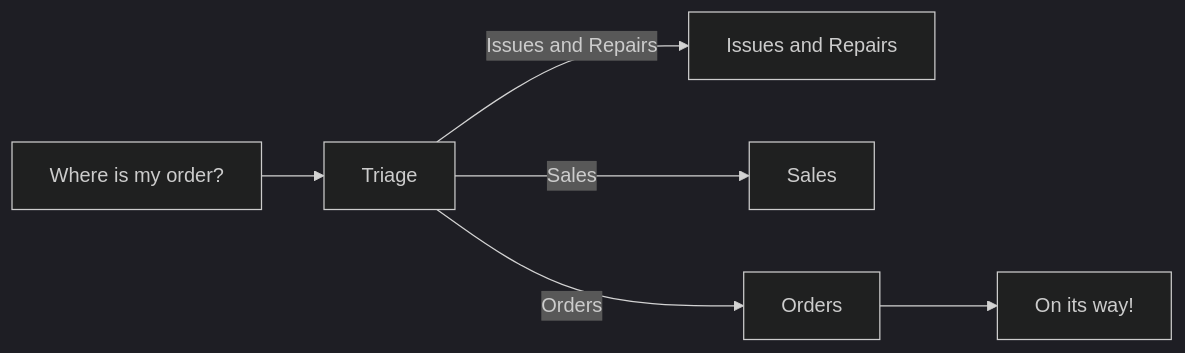
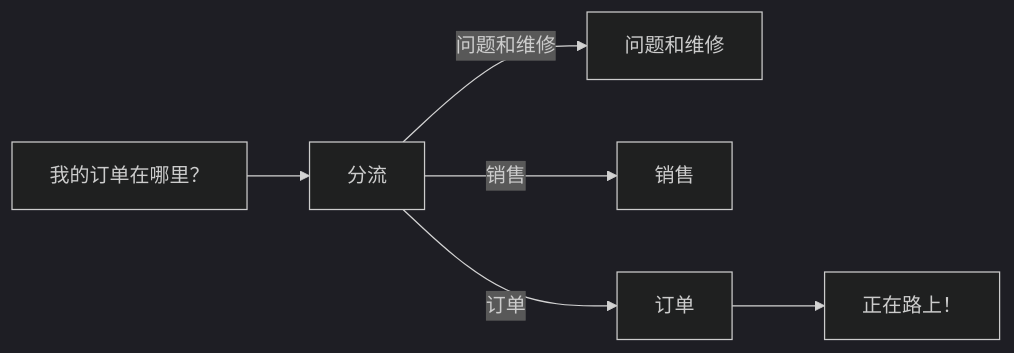
The third of 3 diagrams in contents/zh-CN/LLMBasicNotes.mdx (sabertazimi/blog), drawn with Mermaid (dark theme) before and after one commit. The commit also changed other lines of this file and 4 other files, not shown here.

````diff
--- a/contents/zh-CN/LLMBasicNotes.mdx
+++ b/contents/zh-CN/LLMBasicNotes.mdx
@@ -279,8 +279,8 @@
 ```mermaid
 graph LR
-    A[Where is my order?] --> B[Triage]
-    B -->|Issues and Repairs| C[Issues and Repairs]
-    B -->|Sales| D[Sales]
-    B -->|Orders| E[Orders]
-    E --> F[On its way!]
+    A[我的订单在哪里？] --> B[分流]
+    B -->|问题和维修| C[问题和维修]
+    B -->|销售| D[销售]
+    B -->|订单| E[订单]
+    E --> F[正在路上！]
 ```
````
